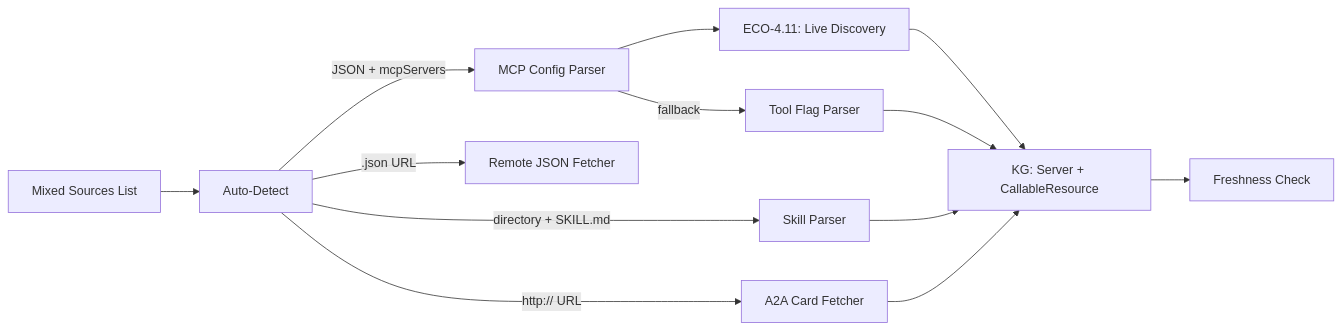
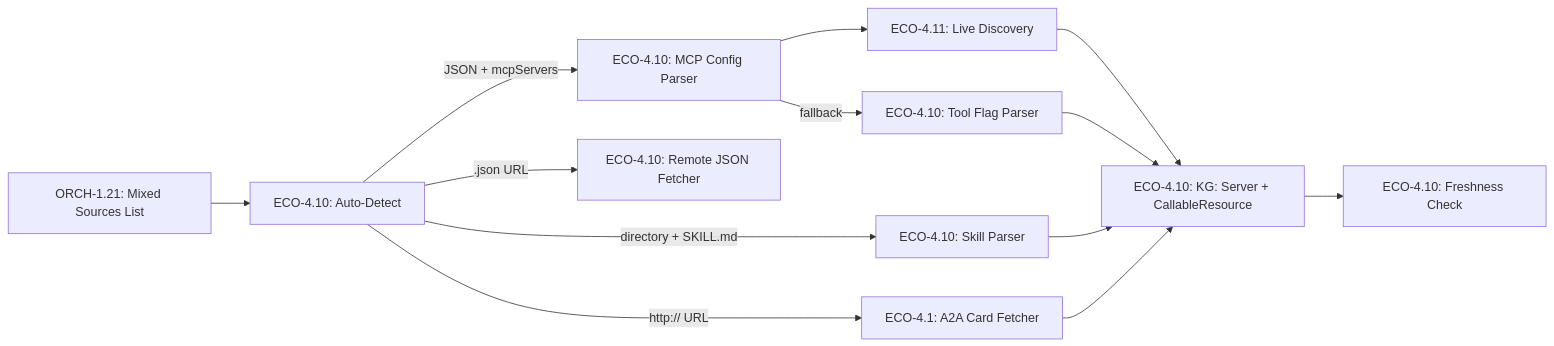
Before and after one commit to Knuckles-Team/agent-utilities: the diagram in docs/pillars/4_ecosystem_peripherals/ECO-4.10-Agent_Toolkit_Ingestor.md, drawn with Mermaid. The commit also changed 325 other files, not shown here.

````diff
--- a/docs/pillars/4_ecosystem_peripherals/ECO-4.10-Agent_Toolkit_Ingestor.md
+++ b/docs/pillars/4_ecosystem_peripherals/ECO-4.10-Agent_Toolkit_Ingestor.md
@@ -28,15 +28,15 @@
 ```mermaid
 flowchart LR
-    SRC["Mixed Sources List"] --> DETECT["Auto-Detect"]
-    DETECT -->|"JSON + mcpServers"| MCP["MCP Config Parser"]
-    DETECT -->|"directory + SKILL.md"| SKILL["Skill Parser"]
-    DETECT -->|"http:// URL"| A2A["A2A Card Fetcher"]
-    DETECT -->|".json URL"| REMOTE["Remote JSON Fetcher"]
+    SRC["ORCH-1.21: Mixed Sources List"] --> DETECT["ECO-4.10: Auto-Detect"]
+    DETECT -->|"JSON + mcpServers"| MCP["ECO-4.10: MCP Config Parser"]
+    DETECT -->|"directory + SKILL.md"| SKILL["ECO-4.10: Skill Parser"]
+    DETECT -->|"http:// URL"| A2A["ECO-4.1: A2A Card Fetcher"]
+    DETECT -->|".json URL"| REMOTE["ECO-4.10: Remote JSON Fetcher"]
     MCP --> LIVE["ECO-4.11: Live Discovery"]
-    LIVE --> KG["KG: Server + CallableResource"]
-    MCP -->|"fallback"| FLAGS["Tool Flag Parser"]
+    LIVE --> KG["ECO-4.10: KG: Server + CallableResource"]
+    MCP -->|"fallback"| FLAGS["ECO-4.10: Tool Flag Parser"]
     FLAGS --> KG
     SKILL --> KG
     A2A --> KG
-    KG --> FRESH["Freshness Check"]
+    KG --> FRESH["ECO-4.10: Freshness Check"]
 ```
````
